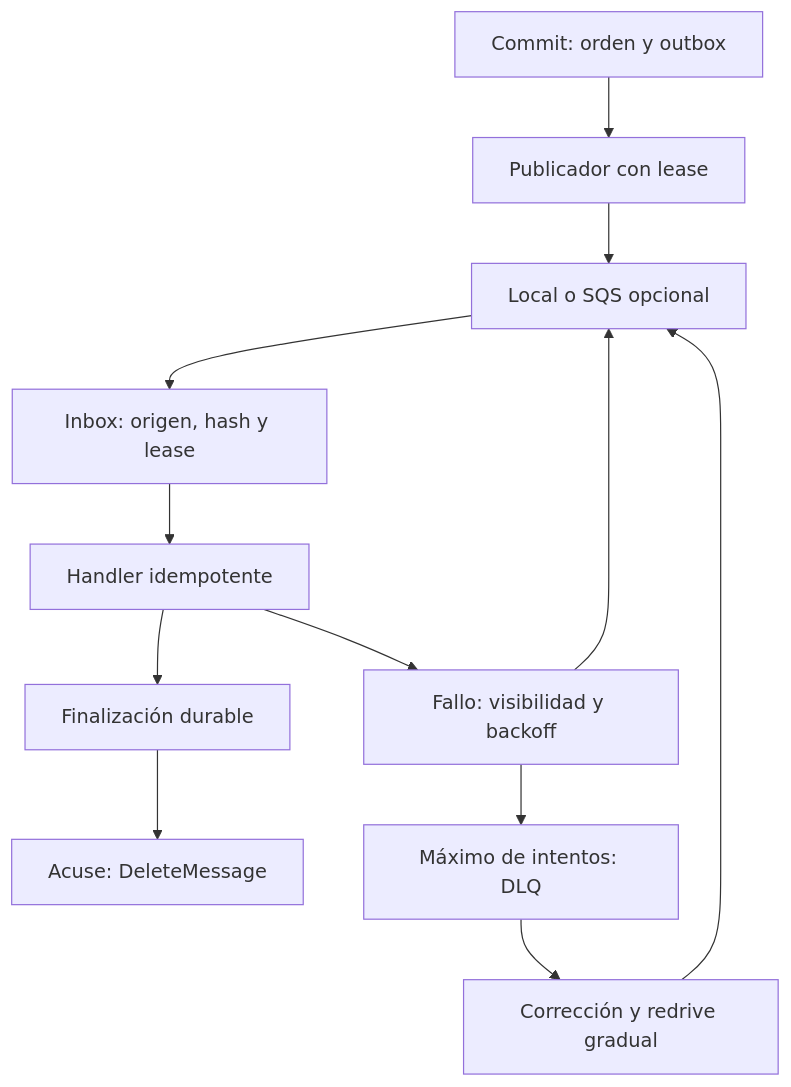
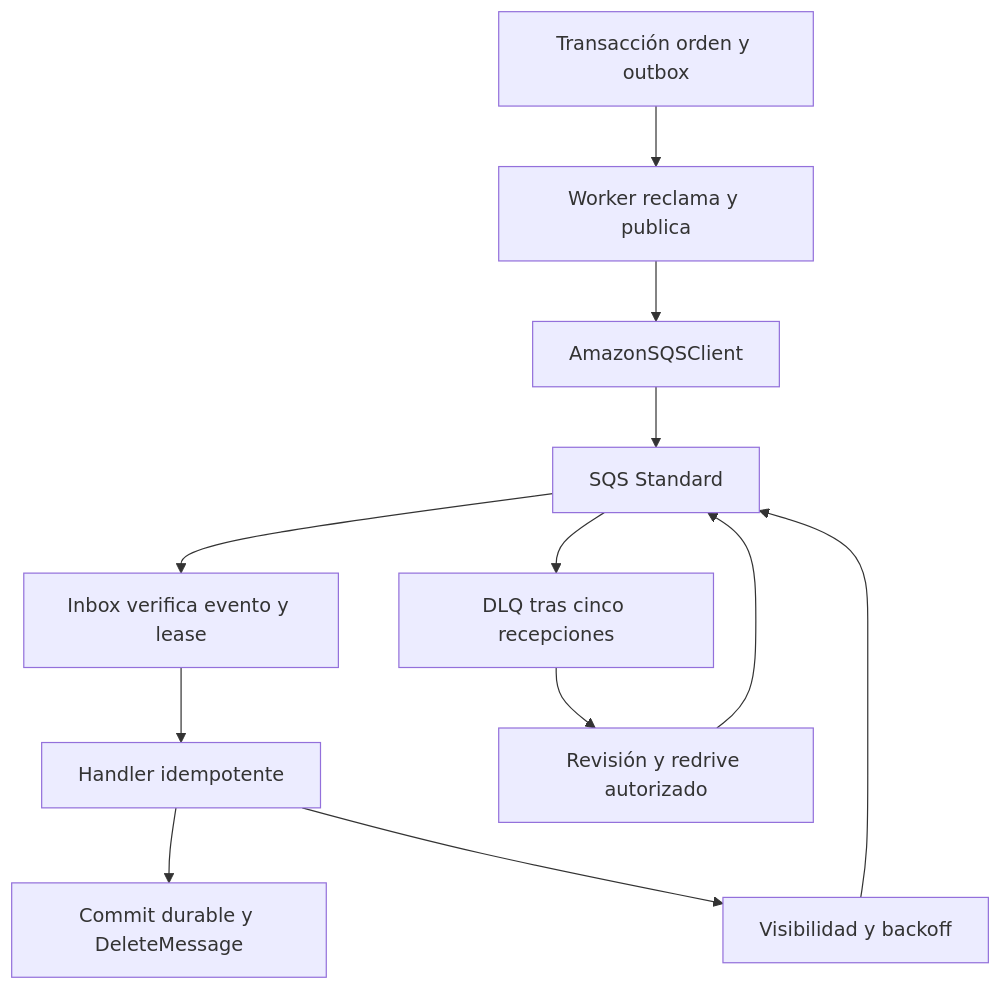
One commit to Arukado01/vortexbird-documentation changed the diagram in diagrams/09-events.mmd. Above: the diagram before and after it, drawn with Mermaid. The commit also changed 33 other files, not shown here.

Commit message:
docs: add help center, ECS IAM and CI/CD diagrams

```diff
--- a/diagrams/09-events.mmd
+++ b/diagrams/09-events.mmd
@@ -1,12 +1,12 @@
 flowchart TD
-  tx["Commit: orden y outbox"] --> publish["Publicador con lease"]
-  publish --> transport["Local o SQS opcional"]
-  transport --> inbox["Inbox: origen, hash y lease"]
-  inbox --> handler["Handler idempotente"]
-  handler --> complete["Finalización durable"]
-  complete --> ack["Acuse: DeleteMessage"]
-  handler --> retry["Fallo: visibilidad y backoff"]
-  retry --> transport
-  retry --> dlq["Máximo de intentos: DLQ"]
-  dlq --> repair["Corrección y redrive gradual"]
-  repair --> transport
+  tx["Transacción orden y outbox"] --> publish["Worker reclama y publica"]
+  publish --> sdk["AmazonSQSClient"]
+  sdk --> queue["SQS Standard"]
+  queue --> inbox["Inbox verifica evento y lease"]
+  inbox --> handle["Handler idempotente"]
+  handle --> ack["Commit durable y DeleteMessage"]
+  handle --> retry["Visibilidad y backoff"]
+  retry --> queue
+  queue --> dlq["DLQ tras cinco recepciones"]
+  dlq --> replay["Revisión y redrive autorizado"]
+  replay --> queue
```
